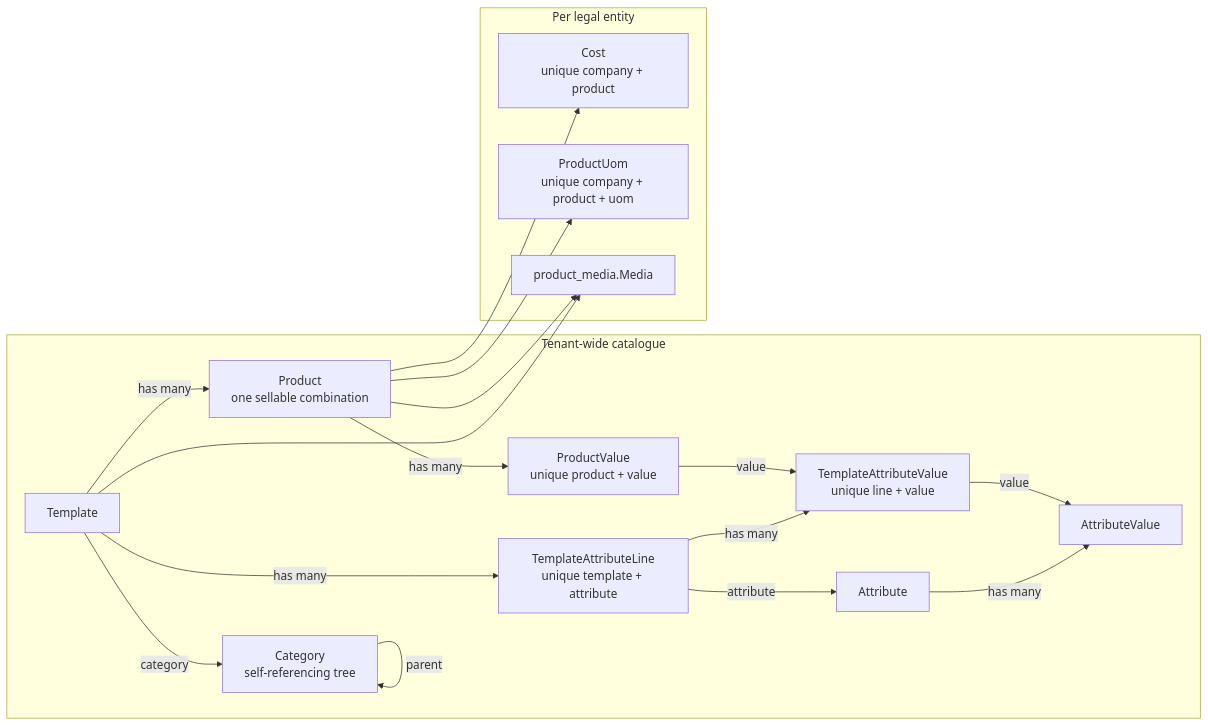
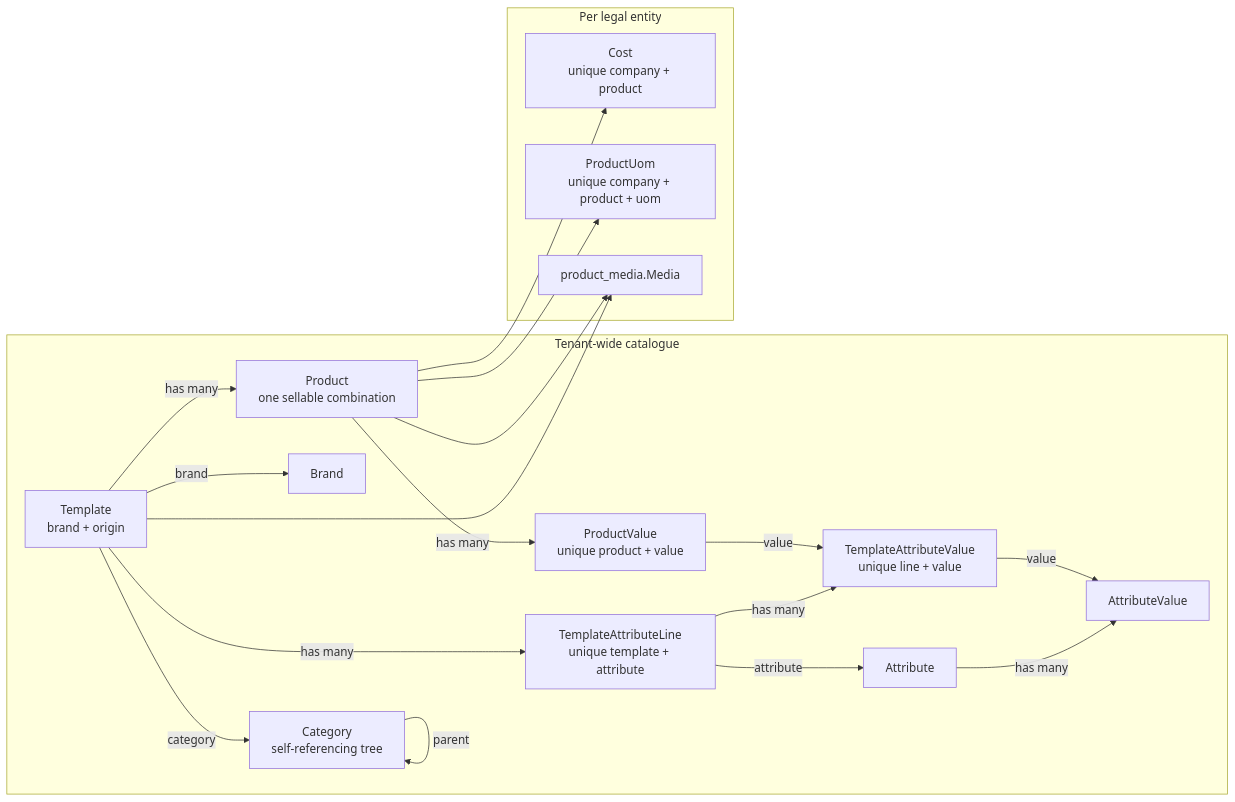
Before and after one commit to ketvietlab/ketjs: the diagram in docs/src/content/docs/ketsuite/product.md, drawn with Mermaid. The commit also changed other lines of this file and 37 other files, not shown here.

````diff
--- a/docs/src/content/docs/ketsuite/product.md
+++ b/docs/src/content/docs/ketsuite/product.md
@@ -30,36 +30,38 @@
 ```mermaid
 %% File: docs/src/content/docs/ketsuite/product.md
 flowchart LR
   subgraph Shared["Tenant-wide catalogue"]
     C["Category<br/>self-referencing tree"]
-    T["Template"]
+    T["Template<br/>brand + origin"]
+    B["Brand"]
     P["Product<br/>one sellable combination"]
     A["Attribute"]
     AV["AttributeValue"]
     TAL["TemplateAttributeLine<br/>unique template + attribute"]
     TAV["TemplateAttributeValue<br/>unique line + value"]
     PV["ProductValue<br/>unique product + value"]
 
     C -->|parent| C
     T -->|category| C
+    T -->|brand| B
     T -->|has many| P
     T -->|has many| TAL
     A -->|has many| AV
     TAL -->|attribute| A
     TAL -->|has many| TAV
     TAV -->|value| AV
     P -->|has many| PV
     PV -->|value| TAV
   end
 
   subgraph Company["Per legal entity"]
     CO["Cost<br/>unique company + product"]
     PU["ProductUom<br/>unique company + product + uom"]
     M["product_media.Media"]
   end
 
   P --> CO
   P --> PU
   T --> M
   P --> M
 ```
````
